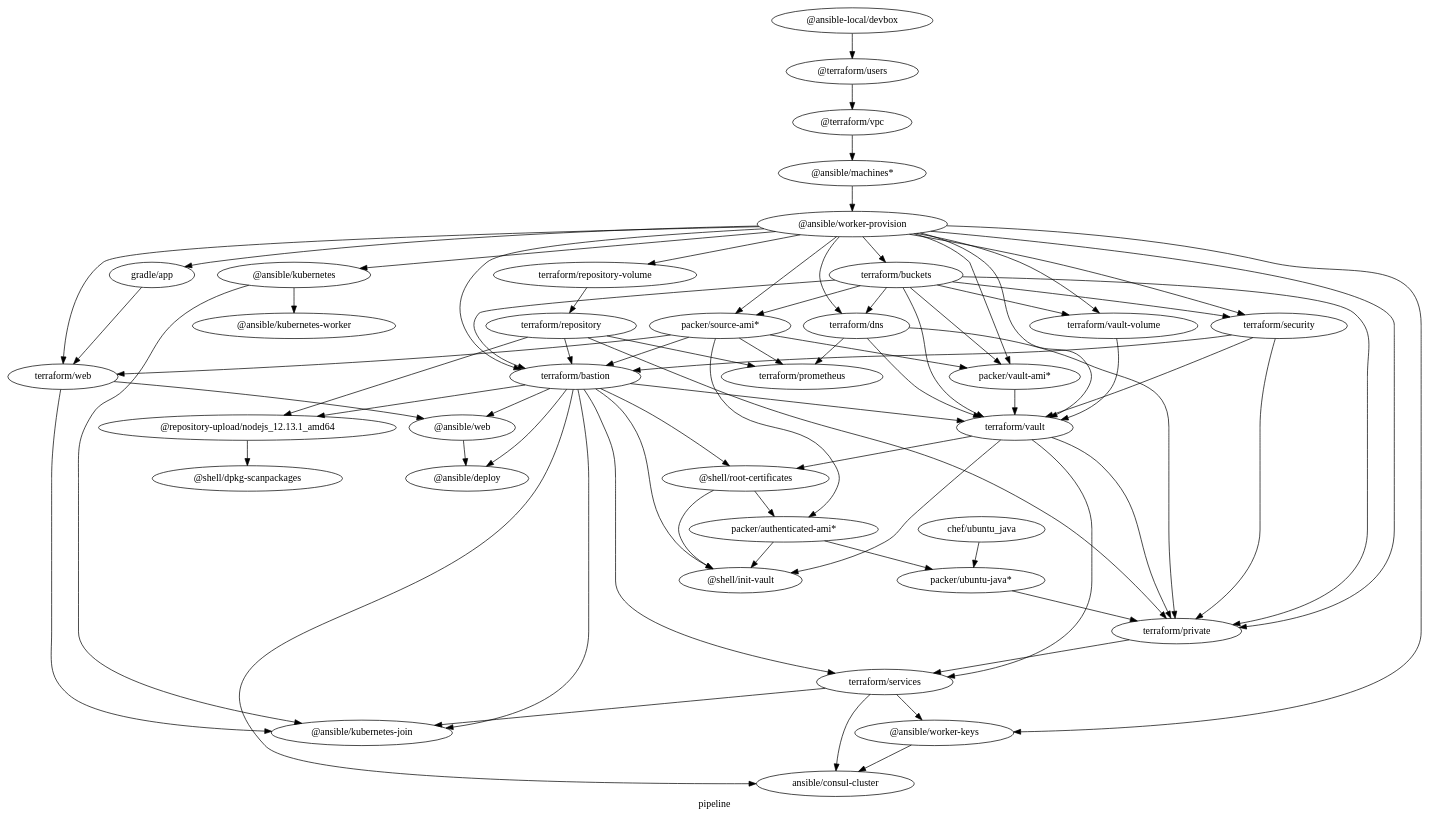
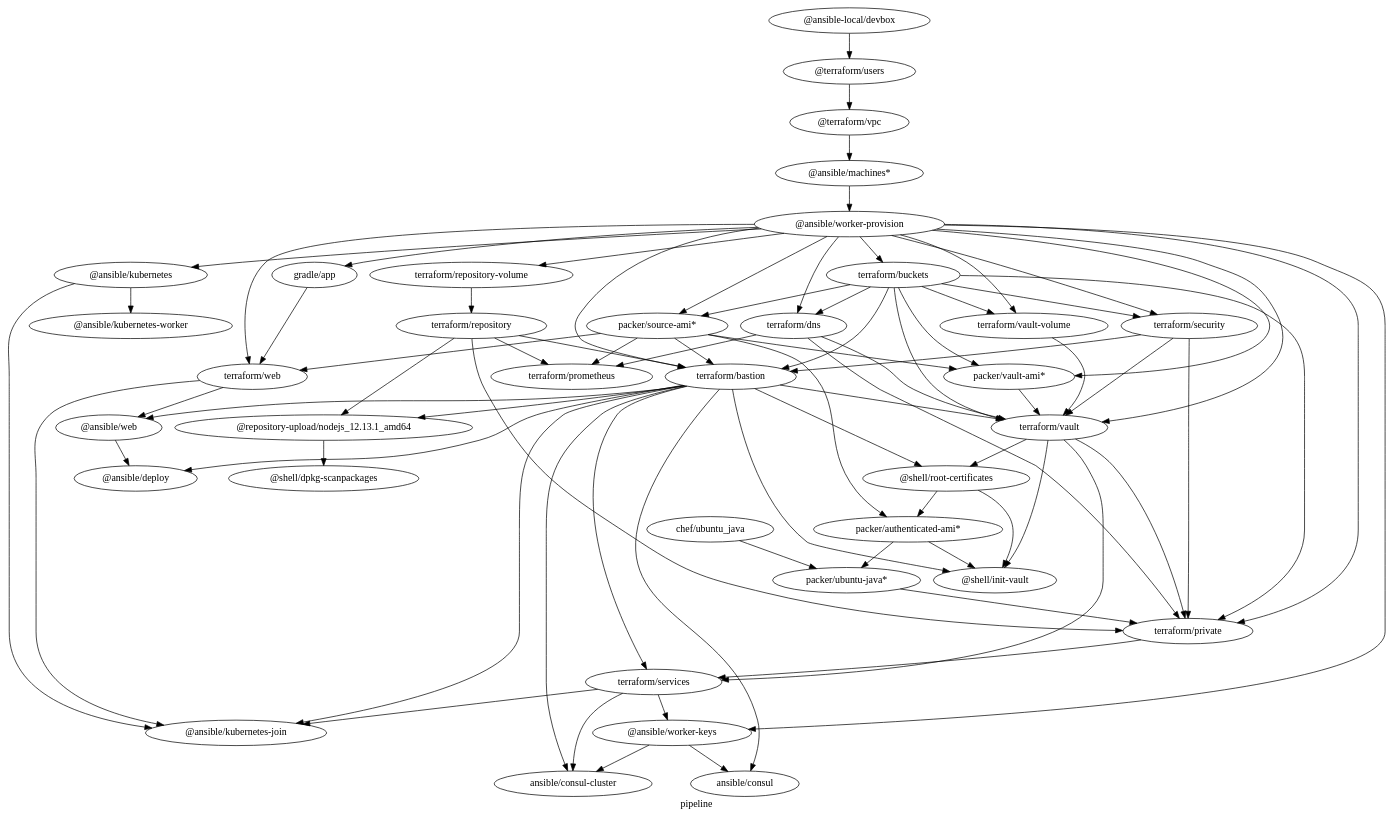
Before and after one commit to samsquire/mazzle-starter: the diagram in architecture.dot, drawn with Graphviz. The commit also changed 7 other files, not shown here.

```diff
--- a/architecture.dot
+++ b/architecture.dot
@@ -1,113 +1,116 @@
 digraph G {
   label="pipeline";
   rankdir=TB;
 
 
 
 "packer/source-ami*" -> { "terraform/bastion";
                           "packer/vault-ami*";
                           "terraform/web"
                         }
 
 "terraform/bastion" -> "@repository-upload/nodejs_12.13.1_amd64"
 "terraform/repository" -> "@repository-upload/nodejs_12.13.1_amd64"
 
 "@repository-upload/nodejs_12.13.1_amd64" -> "@shell/dpkg-scanpackages"
 
 "terraform/web" -> "@ansible/kubernetes-join";
 "terraform/bastion" -> "@ansible/kubernetes-join";
 "terraform/services" -> "@ansible/kubernetes-join";
 "@ansible/kubernetes" -> "@ansible/kubernetes-join";
 
 
 
 "terraform/services" -> "@ansible/worker-keys"
 
 "terraform/bastion" -> "@ansible/deploy";
 "terraform/bastion" -> "@ansible/web";
 "@ansible/worker-provision" -> "terraform/repository-volume" -> "terraform/repository";
 
 "terraform/repository" -> {
   "terraform/bastion";
   "terraform/private";
   "terraform/prometheus";
 }
 
 "terraform/bastion" -> "ansible/consul-cluster";
 "@ansible/worker-keys" -> "ansible/consul-cluster";
 "terraform/services" -> "ansible/consul-cluster";
+
+"terraform/bastion" -> "ansible/consul";
+"@ansible/worker-keys" -> "ansible/consul";
 
 "gradle/app" -> "terraform/web" -> "@ansible/web" -> "@ansible/deploy";
 "@ansible/kubernetes" -> "@ansible/kubernetes-worker";
 "@ansible/worker-provision" -> {
 
   "@ansible/worker-keys";
   "terraform/web";
   "gradle/app";
   "@ansible/kubernetes";
   "terraform/buckets";
   "terraform/vault";
   "terraform/dns";
   "terraform/bastion";
   "terraform/vault-volume";
   "packer/source-ami*";
   "terraform/security";
   "terraform/private";
   "packer/vault-ami*"
 }
 
 "terraform/buckets" -> {
   "terraform/vault";
   "terraform/dns";
   "terraform/bastion";
   "terraform/vault-volume";
   "packer/source-ami*";
   "terraform/security";
   "terraform/private";
   "packer/vault-ami*"
 }
 
 "packer/vault-ami*" -> "terraform/vault"
 
 "@terraform/vpc" -> "@ansible/machines*" -> "@ansible/worker-provision"
 
 "terraform/vault" -> "terraform/private";
 
 { "terraform/vault";
 "terraform/bastion";
 "terraform/private"; } -> "terraform/services";
 
 "terraform/vault-volume" -> "terraform/vault";
 
  "terraform/dns" -> "terraform/private";
  "terraform/dns" -> "terraform/vault";
 
 "terraform/security" -> "terraform/vault"
 
 "terraform/security" -> "terraform/bastion";
 "terraform/security" -> "terraform/private";
 
 "chef/ubuntu_java" -> "packer/ubuntu-java*";
 
 "@ansible-local/devbox" -> "@terraform/users" -> "@terraform/vpc";
 
 "terraform/bastion" -> "@shell/root-certificates";
 
 "terraform/vault" -> "@shell/root-certificates";
 "terraform/bastion" -> "terraform/vault";
 
 "terraform/bastion" -> "@shell/init-vault";
 "terraform/vault" -> "@shell/init-vault";
 
 "@shell/root-certificates" -> "packer/authenticated-ami*";
 
 "packer/ubuntu-java*" -> "terraform/private";
 
 "packer/source-ami*" -> "packer/authenticated-ami*";
 "packer/authenticated-ami*" -> "packer/ubuntu-java*";
 "packer/authenticated-ami*" -> "@shell/init-vault";
 "@shell/root-certificates" -> "@shell/init-vault";
 
  "terraform/dns" -> "terraform/prometheus";
  "packer/source-ami*" -> "terraform/prometheus";
 }
```
